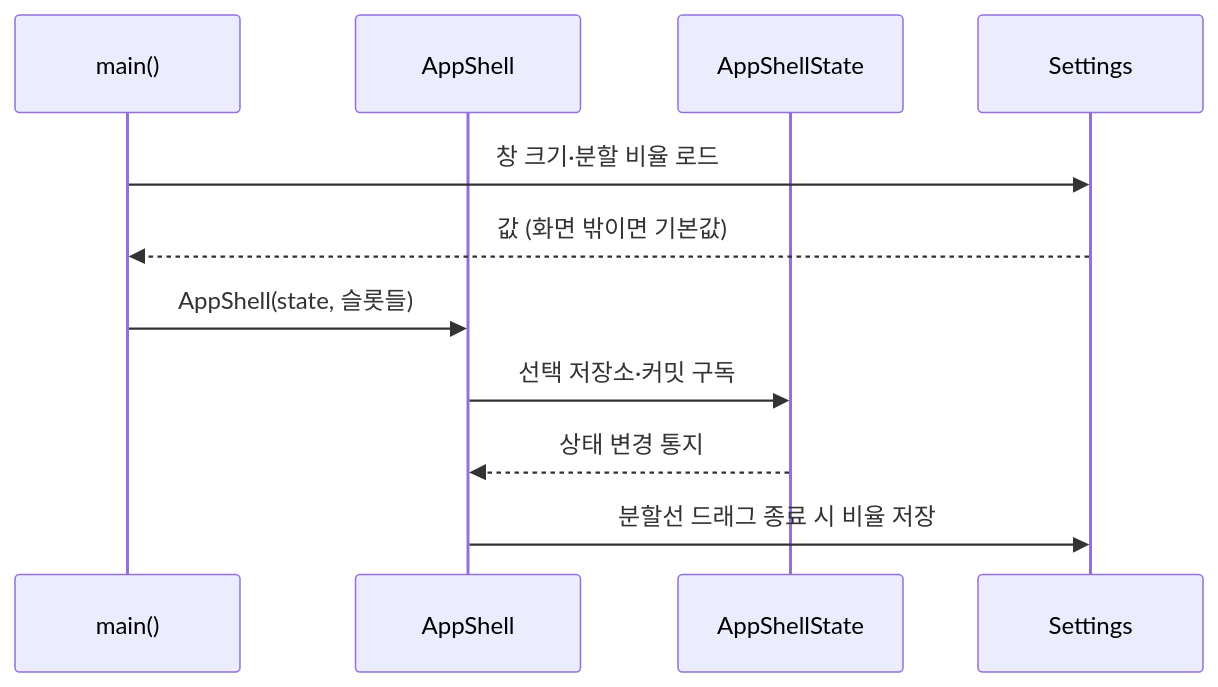
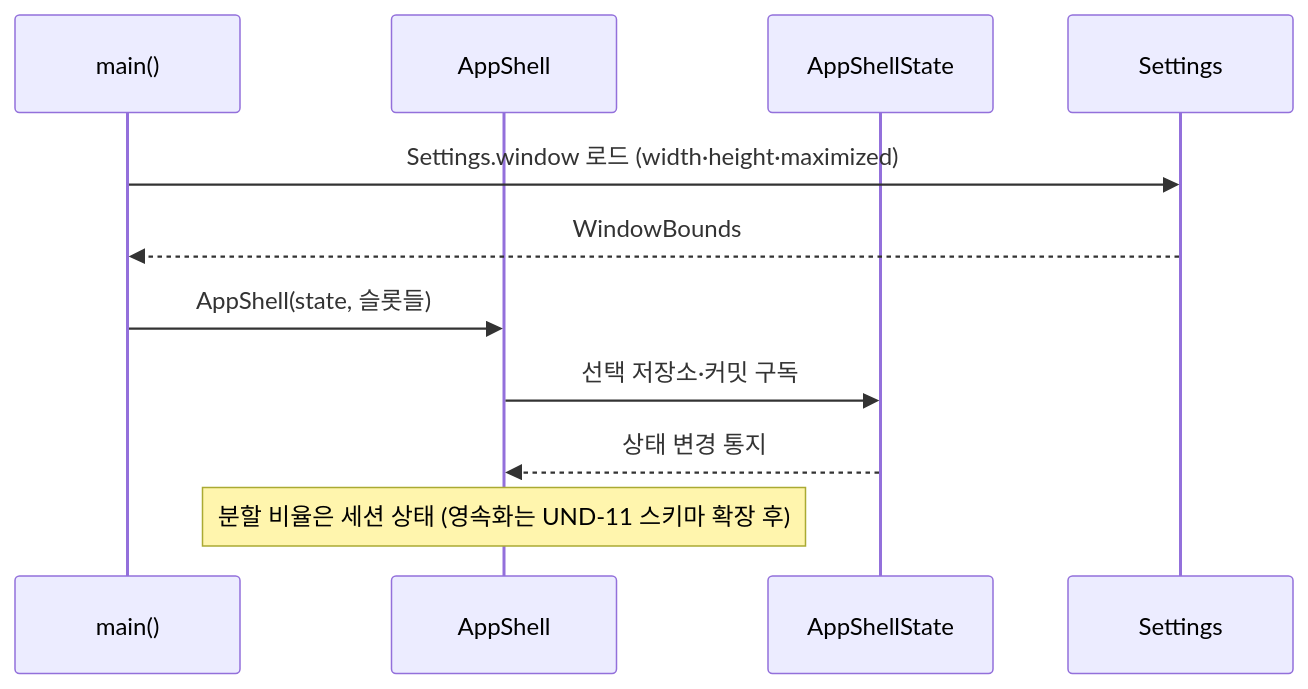
Before and after one commit to biuea3866/gitkraken-clone-app: the first of 2 diagrams in tickets/UND-12-app-shell-layout.md, drawn with Mermaid. The commit also changed other lines of this file and 9 other files, not shown here.

````diff
--- a/tickets/UND-12-app-shell-layout.md
+++ b/tickets/UND-12-app-shell-layout.md
@@ -35,13 +40,13 @@
 ```mermaid
 sequenceDiagram
     participant Main as main()
     participant Shell as AppShell
     participant State as AppShellState
     participant Settings
-    Main->>Settings: 창 크기·분할 비율 로드
-    Settings-->>Main: 값 (화면 밖이면 기본값)
+    Main->>Settings: Settings.window 로드 (width·height·maximized)
+    Settings-->>Main: WindowBounds
     Main->>Shell: AppShell(state, 슬롯들)
     Shell->>State: 선택 저장소·커밋 구독
     State-->>Shell: 상태 변경 통지
-    Shell->>Settings: 분할선 드래그 종료 시 비율 저장
+    Note over Shell: 분할 비율은 세션 상태 (영속화는 UND-11 스키마 확장 후)
 ```
````
